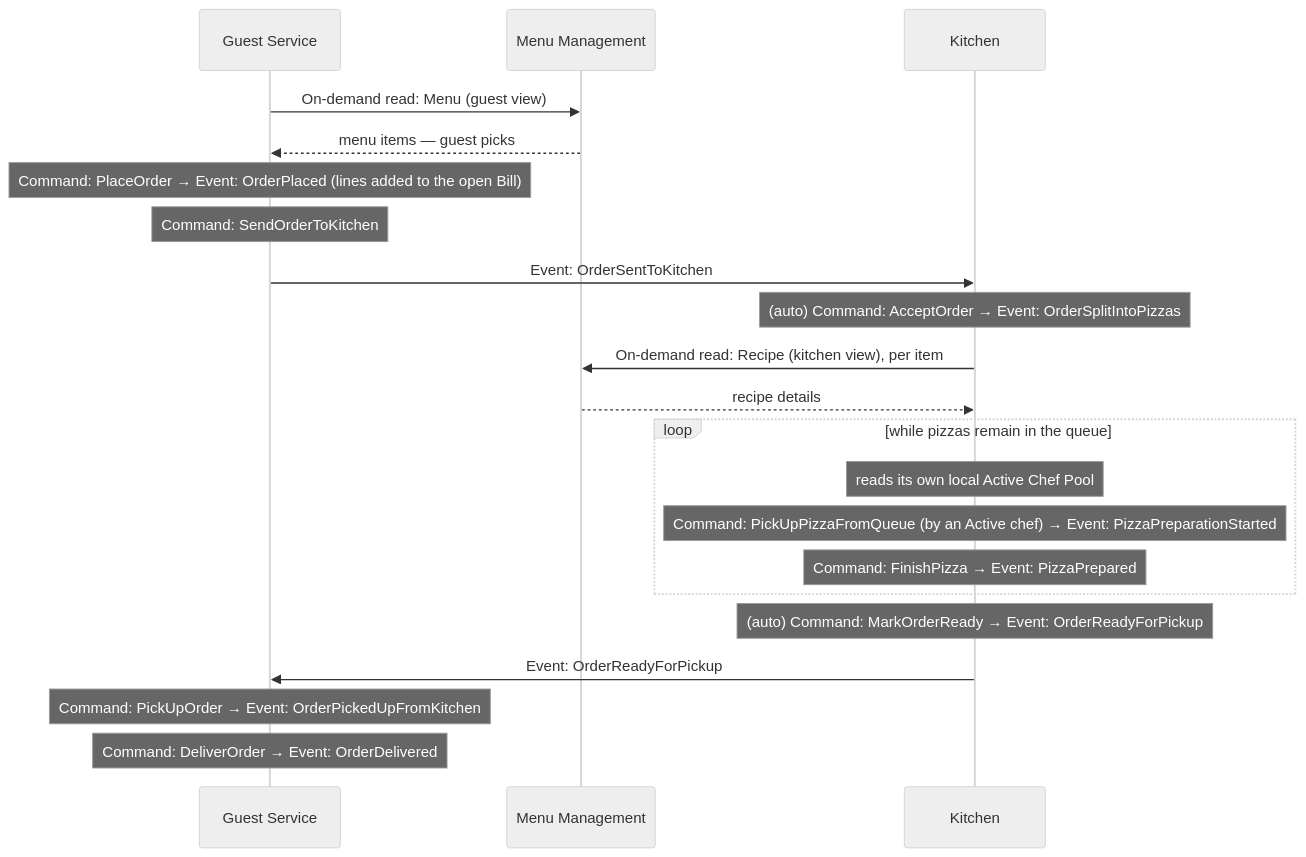
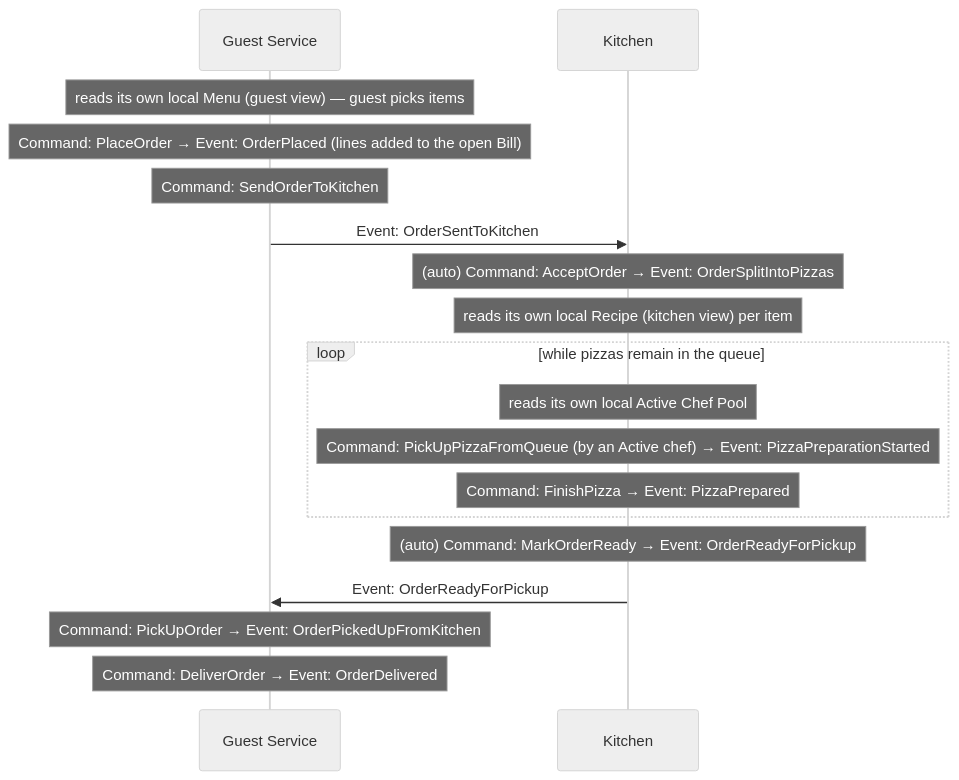
The second of 6 diagrams in doc/05_connect_message_flows.md (mmalessa/pizzeria), drawn with Mermaid (neutral theme) before and after one commit. The commit also changed other lines of this file and 2 other files, not shown here.

Commit message:
Replace live cross-context reads with local replication for maximum decoupling

````diff
--- a/doc/05_connect_message_flows.md
+++ b/doc/05_connect_message_flows.md
@@ -78,24 +70,21 @@
 ```mermaid
 sequenceDiagram
     participant GS as Guest Service
-    participant MM as Menu Management
     participant K as Kitchen
 
-    GS->>MM: On-demand read: Menu (guest view)
-    MM-->>GS: menu items — guest picks
+    Note over GS: reads its own local Menu (guest view) — guest picks items
     Note over GS: Command: PlaceOrder → Event: OrderPlaced (lines added to the open Bill)
     Note over GS: Command: SendOrderToKitchen
     GS->>K: Event: OrderSentToKitchen
     Note over K: (auto) Command: AcceptOrder → Event: OrderSplitIntoPizzas
-    K->>MM: On-demand read: Recipe (kitchen view), per item
-    MM-->>K: recipe details
+    Note over K: reads its own local Recipe (kitchen view) per item
     loop while pizzas remain in the queue
         Note over K: reads its own local Active Chef Pool
         Note over K: Command: PickUpPizzaFromQueue (by an Active chef) → Event: PizzaPreparationStarted
         Note over K: Command: FinishPizza → Event: PizzaPrepared
     end
     Note over K: (auto) Command: MarkOrderReady → Event: OrderReadyForPickup
     K->>GS: Event: OrderReadyForPickup
     Note over GS: Command: PickUpOrder → Event: OrderPickedUpFromKitchen
     Note over GS: Command: DeliverOrder → Event: OrderDelivered
 ```
````
